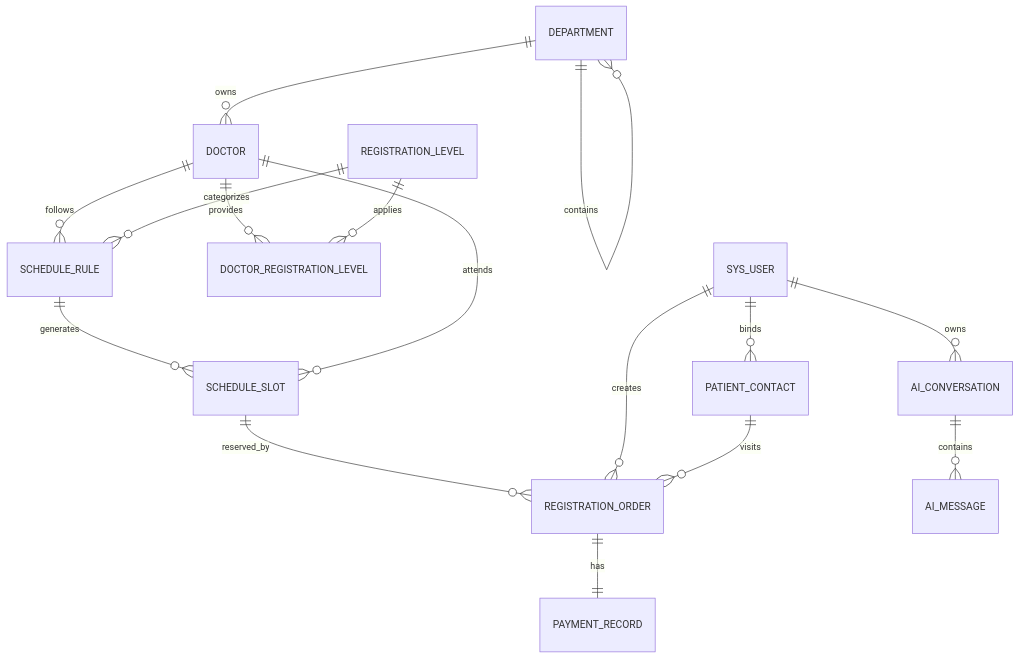
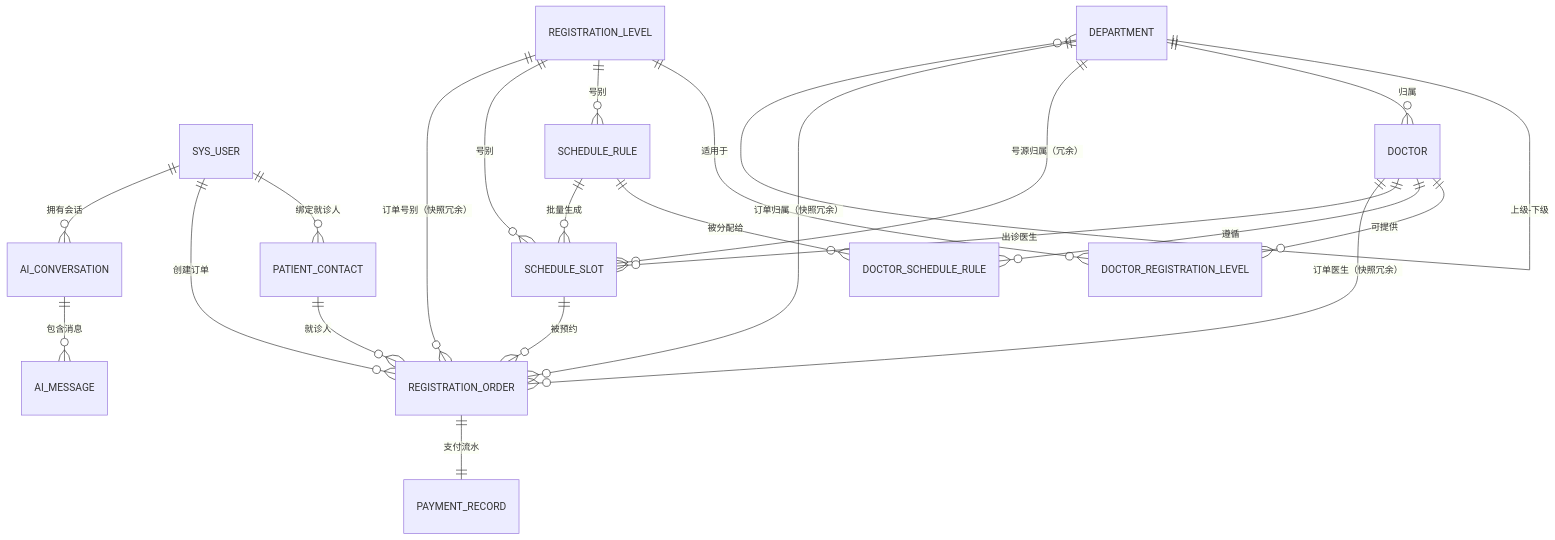
The diagram in docs/05-数据库设计说明.md (coming-star/Harmony_hospital), drawn with Mermaid before and after one commit. The commit also changed other lines of this file, not shown here.

Commit message:
完善：数据库设计说明文档重写（13张表按字段/类型/长度/是否为空/注释格式+完整Mermaid ER图+抢号并发SQL+状态机）

````diff
--- a/docs/05-数据库设计说明.md
+++ b/docs/05-数据库设计说明.md
@@ -13,18 +29,37 @@
 ```mermaid
 erDiagram
-  SYS_USER ||--o{ PATIENT_CONTACT : binds
-  DEPARTMENT ||--o{ DEPARTMENT : contains
-  DEPARTMENT ||--o{ DOCTOR : owns
-  DOCTOR ||--o{ DOCTOR_REGISTRATION_LEVEL : provides
-  REGISTRATION_LEVEL ||--o{ DOCTOR_REGISTRATION_LEVEL : applies
-  DOCTOR ||--o{ SCHEDULE_RULE : follows
-  REGISTRATION_LEVEL ||--o{ SCHEDULE_RULE : categorizes
-  SCHEDULE_RULE ||--o{ SCHEDULE_SLOT : generates
-  DOCTOR ||--o{ SCHEDULE_SLOT : attends
-  SCHEDULE_SLOT ||--o{ REGISTRATION_ORDER : reserved_by
-  SYS_USER ||--o{ REGISTRATION_ORDER : creates
-  PATIENT_CONTACT ||--o{ REGISTRATION_ORDER : visits
-  REGISTRATION_ORDER ||--|| PAYMENT_RECORD : has
-  SYS_USER ||--o{ AI_CONVERSATION : owns
-  AI_CONVERSATION ||--o{ AI_MESSAGE : contains
+    %% ===== 用户与身份 =====
+    SYS_USER ||--o{ PATIENT_CONTACT : "绑定就诊人"
+    SYS_USER ||--o{ REGISTRATION_ORDER : "创建订单"
+    SYS_USER ||--o{ AI_CONVERSATION : "拥有会话"
+
+    %% ===== 科室（自引用，两级）=====
+    DEPARTMENT ||--o{ DEPARTMENT : "上级-下级"
+    DEPARTMENT ||--o{ DOCTOR : "归属"
+    DEPARTMENT ||--o{ SCHEDULE_SLOT : "号源归属（冗余）"
+    DEPARTMENT ||--o{ REGISTRATION_ORDER : "订单归属（快照冗余）"
+
+    %% ===== 医生 × 号别 =====
+    DOCTOR ||--o{ DOCTOR_REGISTRATION_LEVEL : "可提供"
+    REGISTRATION_LEVEL ||--o{ DOCTOR_REGISTRATION_LEVEL : "适用于"
+
+    %% ===== 排班规则 =====
+    REGISTRATION_LEVEL ||--o{ SCHEDULE_RULE : "号别"
+    DOCTOR ||--o{ DOCTOR_SCHEDULE_RULE : "遵循"
+    SCHEDULE_RULE ||--o{ DOCTOR_SCHEDULE_RULE : "被分配给"
+    SCHEDULE_RULE ||--o{ SCHEDULE_SLOT : "批量生成"
+
+    %% ===== 号源 & 订单 =====
+    DOCTOR ||--o{ SCHEDULE_SLOT : "出诊医生"
+    DOCTOR ||--o{ REGISTRATION_ORDER : "订单医生（快照冗余）"
+    SCHEDULE_SLOT ||--o{ REGISTRATION_ORDER : "被预约"
+    PATIENT_CONTACT ||--o{ REGISTRATION_ORDER : "就诊人"
+    REGISTRATION_LEVEL ||--o{ SCHEDULE_SLOT : "号别"
+    REGISTRATION_LEVEL ||--o{ REGISTRATION_ORDER : "订单号别（快照冗余）"
+
+    %% ===== 支付 =====
+    REGISTRATION_ORDER ||--|| PAYMENT_RECORD : "支付流水"
+
+    %% ===== AI =====
+    AI_CONVERSATION ||--o{ AI_MESSAGE : "包含消息"
 ```
````
